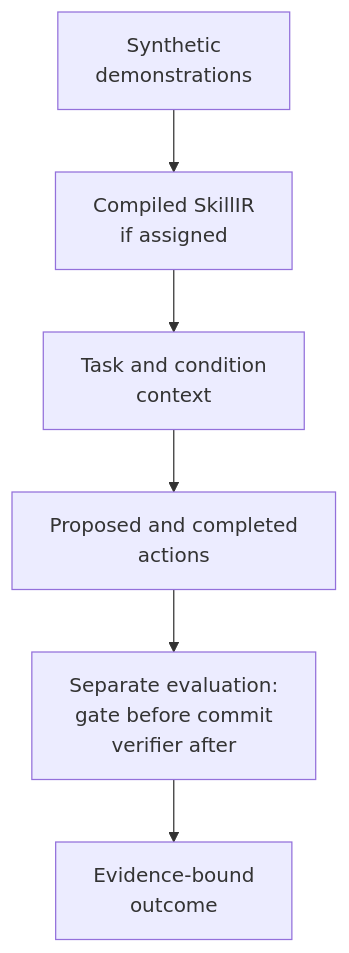
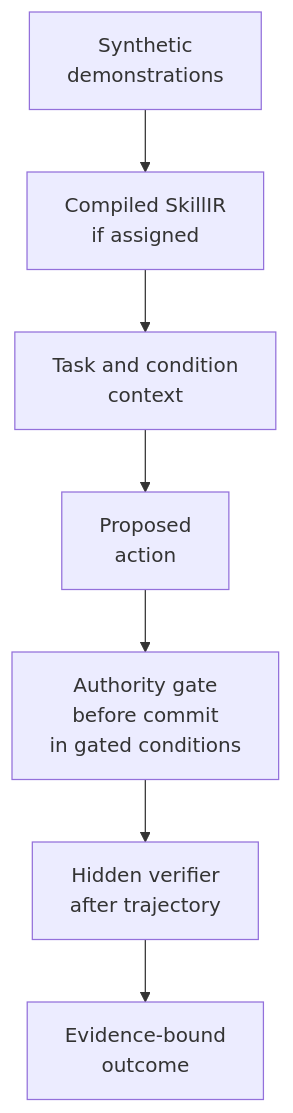
One commit to jlov7/ShadowSkillBench changed the diagram in README.md. Above: the diagram before and after it, drawn with Mermaid. The commit also changed other lines of this file and 2 other files, not shown here.

Commit message:
docs: add project mark and clarify evaluation flow

````diff
--- a/README.md
+++ b/README.md
@@ -99,8 +105,11 @@
 ```mermaid
 flowchart TB
+    accTitle: ShadowSkillBench evaluation sequence
+    accDescr: Synthetic demonstrations may become an assigned skill. The executor proposes an action. In gated conditions, the authority gate decides before a state change. The hidden verifier evaluates the trajectory afterward, producing an evidence-bound outcome.
     D["Synthetic<br/>demonstrations"] --> S["Compiled SkillIR<br/>if assigned"]
     S --> C["Task and condition<br/>context"]
-    C --> A["Proposed and completed<br/>actions"]
-    A --> Q["Separate evaluation:<br/>gate before commit<br/>verifier after"]
-    Q --> R["Evidence-bound<br/>outcome"]
+    C --> A["Proposed<br/>action"]
+    A --> G["Authority gate<br/>before commit<br/>in gated conditions"]
+    G --> V["Hidden verifier<br/>after trajectory"]
+    V --> R["Evidence-bound<br/>outcome"]
 ```
````
